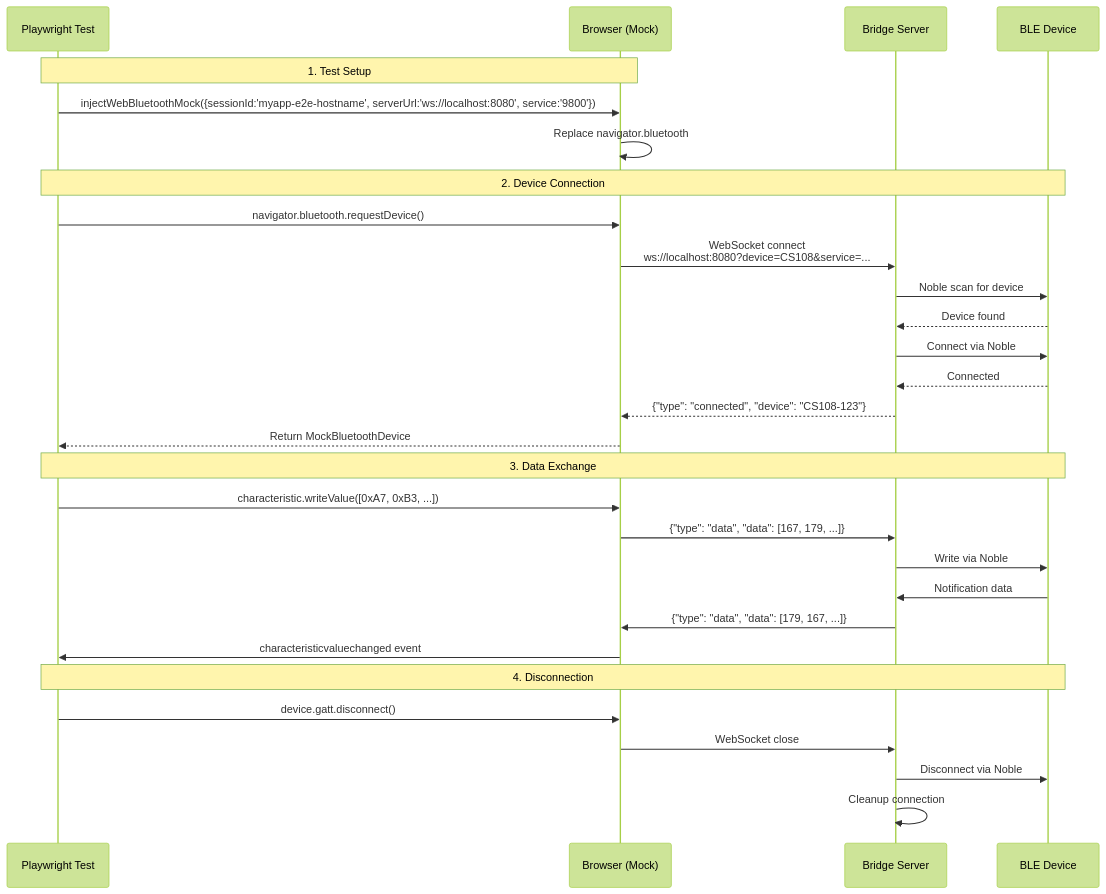
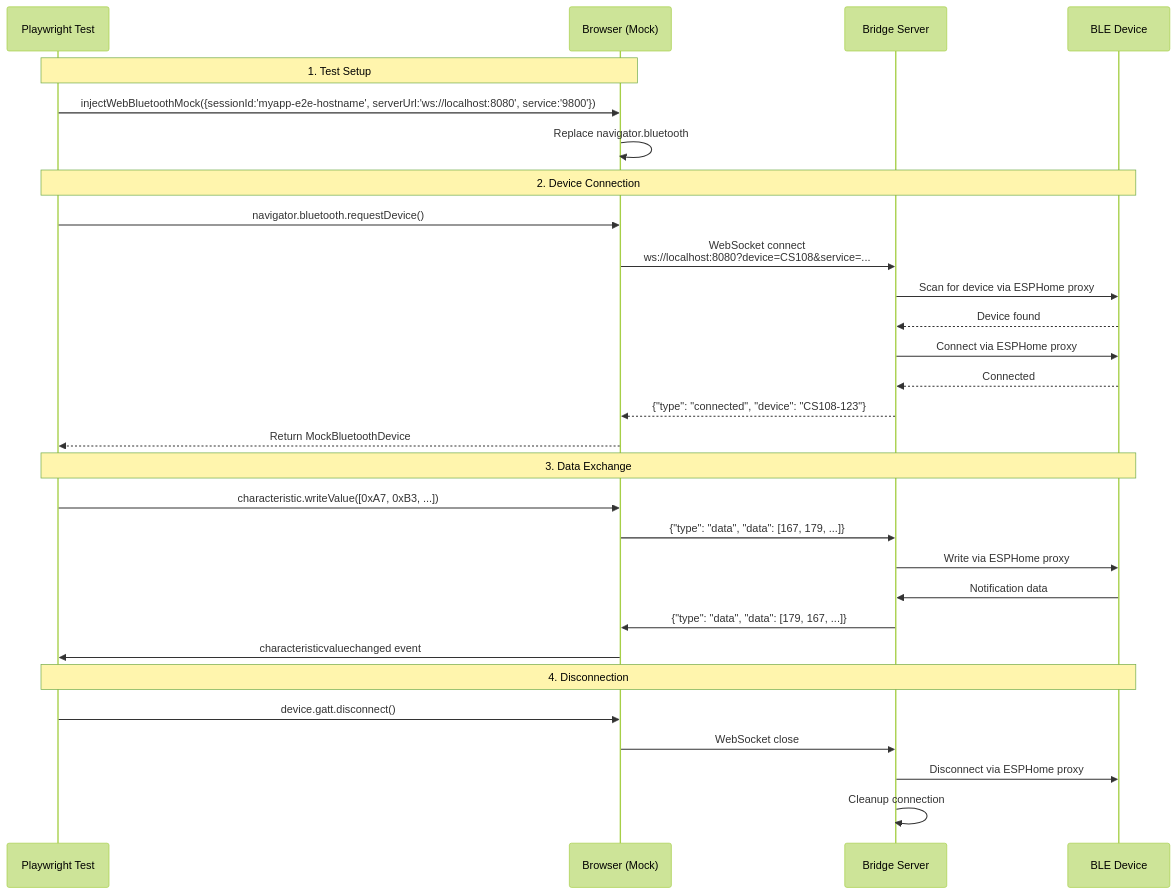
Before and after one commit to ble-mcp-test/ble-mcp-test: the diagram in README.md, drawn with Mermaid (forest theme). The commit also changed other lines of this file and 11 other files, not shown here.

First line of the commit message:
docs: describe one architecture

````diff
--- a/README.md
+++ b/README.md
@@ -38,36 +38,36 @@
 ```mermaid
 sequenceDiagram
     participant Test as Playwright Test
     participant Browser as Browser (Mock)
     participant Bridge as Bridge Server
     participant BLE as BLE Device
 
     Note over Test,Browser: 1. Test Setup
     Test->>Browser: injectWebBluetoothMock({sessionId:'myapp-e2e-hostname', serverUrl:'ws://localhost:8080', service:'9800'})
     Browser->>Browser: Replace navigator.bluetooth
 
     Note over Test,BLE: 2. Device Connection
     Test->>Browser: navigator.bluetooth.requestDevice()
     Browser->>Bridge: WebSocket connect<br/>ws://localhost:8080?device=CS108&service=...
-    Bridge->>BLE: Noble scan for device
+    Bridge->>BLE: Scan for device via ESPHome proxy
     BLE-->>Bridge: Device found
-    Bridge->>BLE: Connect via Noble
+    Bridge->>BLE: Connect via ESPHome proxy
     BLE-->>Bridge: Connected
     Bridge-->>Browser: {"type": "connected", "device": "CS108-123"}
     Browser-->>Test: Return MockBluetoothDevice
 
     Note over Test,BLE: 3. Data Exchange
     Test->>Browser: characteristic.writeValue([0xA7, 0xB3, ...])
     Browser->>Bridge: {"type": "data", "data": [167, 179, ...]}
-    Bridge->>BLE: Write via Noble
+    Bridge->>BLE: Write via ESPHome proxy
     
     BLE->>Bridge: Notification data
     Bridge->>Browser: {"type": "data", "data": [179, 167, ...]}
     Browser->>Test: characteristicvaluechanged event
 
     Note over Test,BLE: 4. Disconnection
     Test->>Browser: device.gatt.disconnect()
     Browser->>Bridge: WebSocket close
-    Bridge->>BLE: Disconnect via Noble
+    Bridge->>BLE: Disconnect via ESPHome proxy
     Bridge->>Bridge: Cleanup connection
 ```
````
